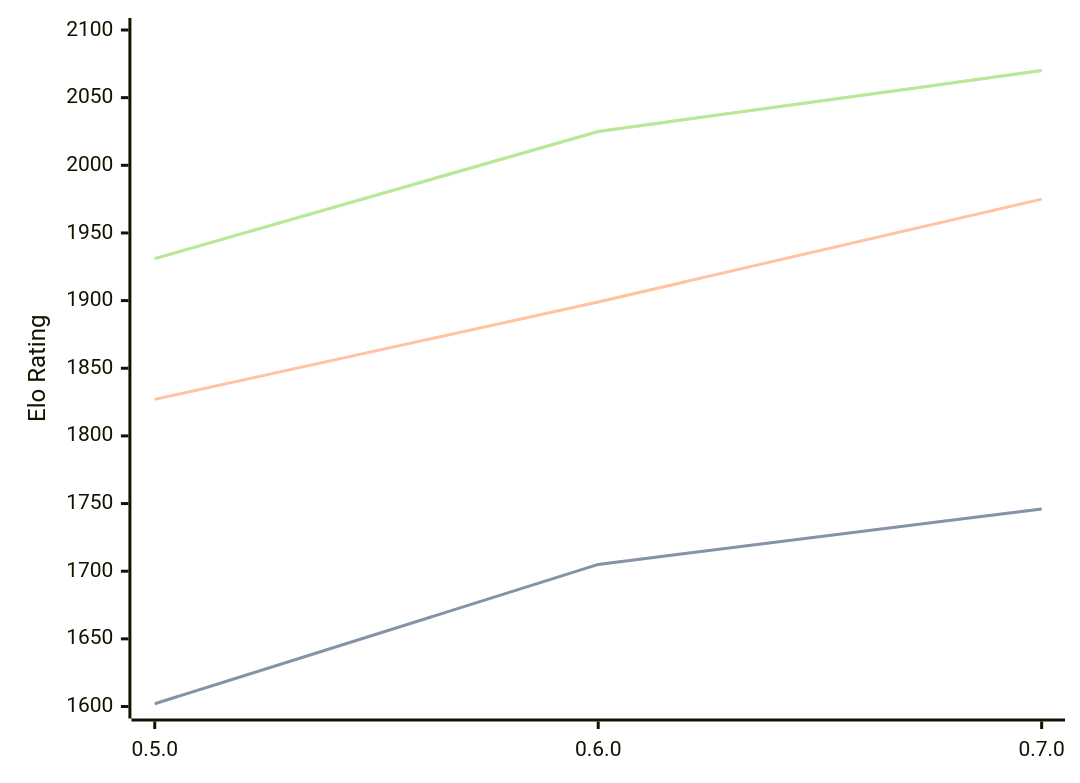
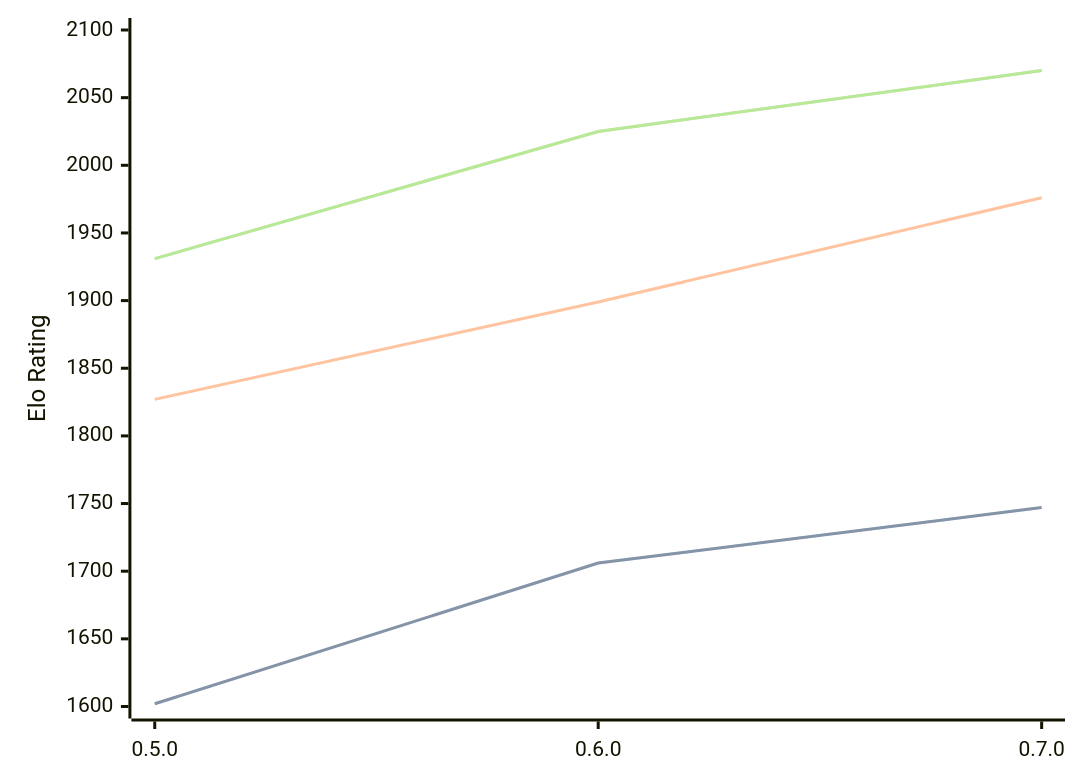
Before and after one commit to computer-chess-index/cci: the diagram in engines/Chess-rs.md, drawn with Mermaid. The commit also changed other lines of this file, not shown here.

Commit message:
Update CCI Ratings (ELO VLTC) - 2026-02-21

````diff
--- a/engines/Chess-rs.md
+++ b/engines/Chess-rs.md
@@ -38,11 +38,11 @@
 ```mermaid
 %%{init: {"theme":"base","themeVariables":{"seriesColors:['#a3a3a3','#222221','#faa371']}}}%%
 xychart-beta
   x-axis ["0.5.0", "0.6.0", "0.7.0"]
   y-axis "Elo Rating" 1600 --> 2100
-  line "STC (8.0+0.08s)" [1602, 1705, 1746]
-  line "STC (8.0+0.08s)" [1602, 1705, 1746]
-  line "LTC (60.0+0.60s)" [1827, 1899, 1975]
+  line "STC (8.0+0.08s)" [1602, 1706, 1747]
+  line "STC (8.0+0.08s)" [1602, 1706, 1747]
+  line "LTC (60.0+0.60s)" [1827, 1899, 1976]
   line "VLTC (2m24s+1.12s)" [1931, 2025, 2070]
   line "VLTC (2m24s+1.12s)" [1931, 2025, 2070]
 ```
````
